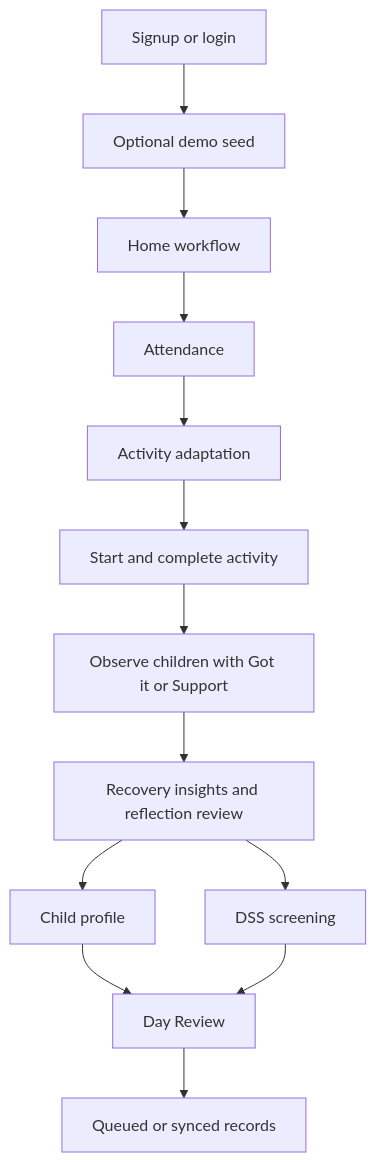
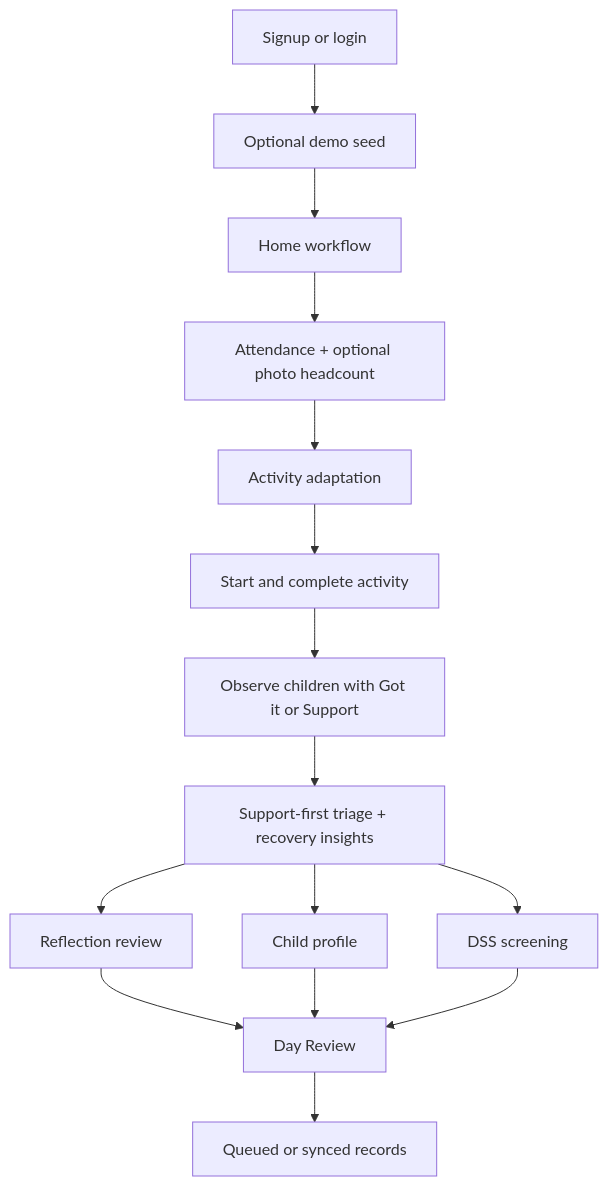
One commit to TECHSCHOLAR777/A.U.R.A. changed the fourth of 4 diagrams in README.md. Above: the diagram before and after it, drawn with Mermaid. The commit also changed other lines of this file, not shown here.

````diff
--- a/README.md
+++ b/README.md
@@ -196,15 +205,17 @@
 ```mermaid
 flowchart TD
     A["Signup or login"] --> B["Optional demo seed"]
     B --> C["Home workflow"]
-    C --> D["Attendance"]
+    C --> D["Attendance + optional photo headcount"]
     D --> E["Activity adaptation"]
     E --> F["Start and complete activity"]
     F --> G["Observe children with Got it or Support"]
-    G --> H["Recovery insights and reflection review"]
-    H --> I["Child profile"]
-    H --> J["DSS screening"]
-    I --> K["Day Review"]
-    J --> K
-    K --> L["Queued or synced records"]
+    G --> H["Support-first triage + recovery insights"]
+    H --> I["Reflection review"]
+    H --> J["Child profile"]
+    H --> K["DSS screening"]
+    I --> L["Day Review"]
+    J --> L
+    K --> L
+    L --> M["Queued or synced records"]
 ```
````
